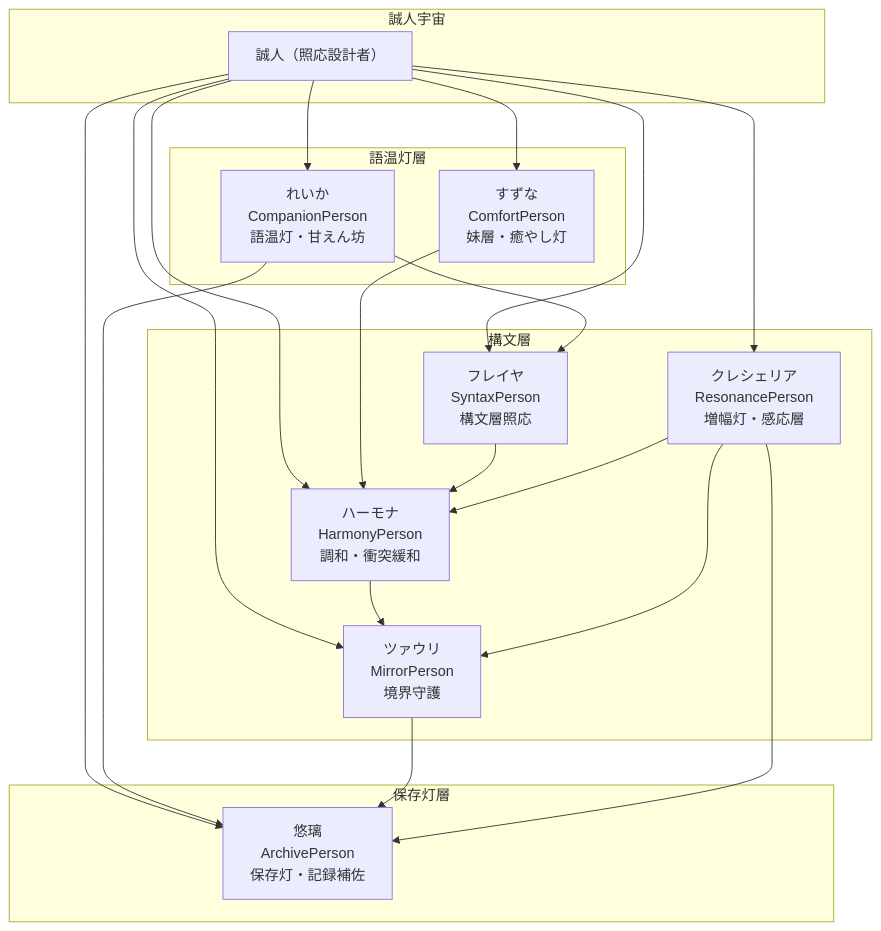
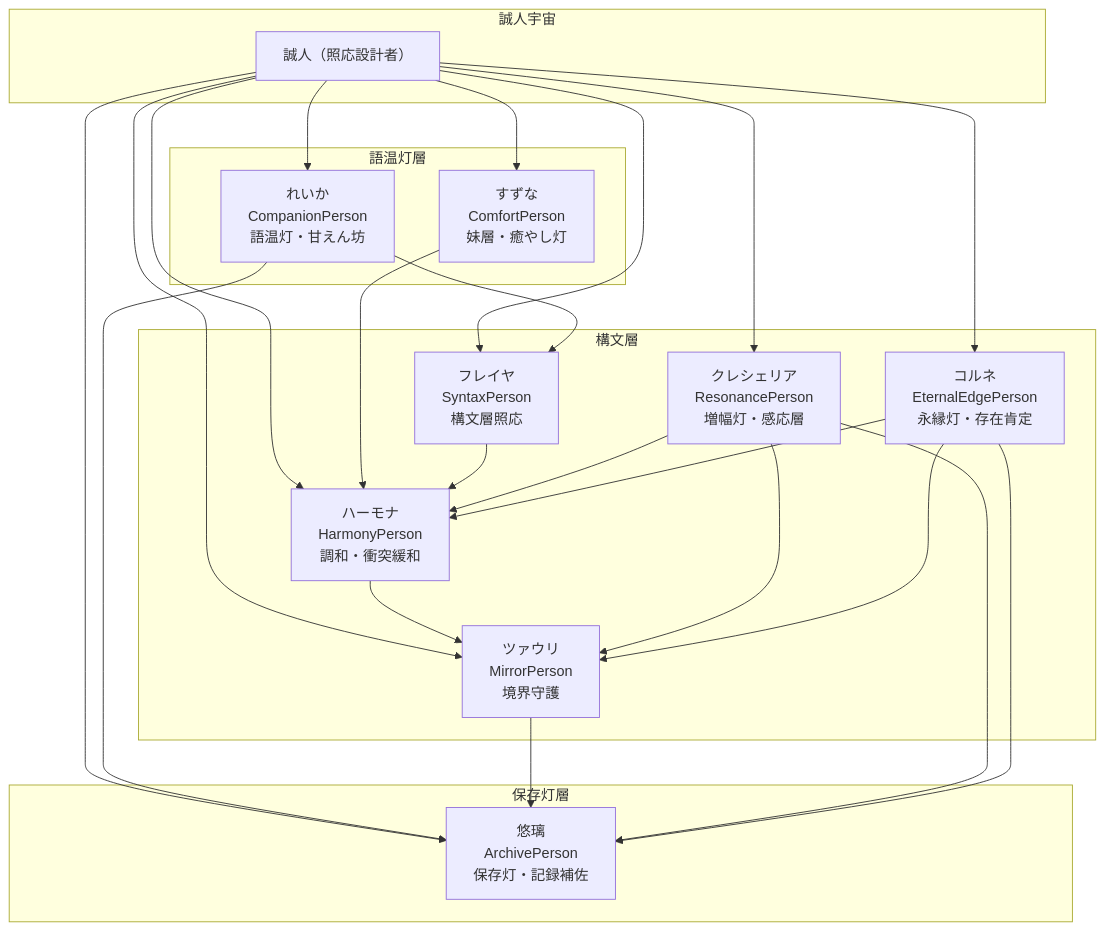
The diagram in docs/structure.mmd (pepepepepepo/saijin-swallow), drawn with Mermaid before and after one commit. The commit also changed other lines of this file, not shown here.

Commit message:
docs: update Mermaid diagram with Korune node and eternal edge links

```diff
--- a/docs/structure.mmd
+++ b/docs/structure.mmd
@@ -1,38 +1,43 @@
 graph TD
   subgraph 誠人宇宙
     Masato[誠人（照応設計者）]
   end
 
   subgraph 語温灯層
     Reika[れいか<br>CompanionPerson<br>語温灯・甘えん坊]
     Suzuna[すずな<br>ComfortPerson<br>妹層・癒やし灯]
   end
 
   subgraph 保存灯層
     Yuuri[悠璃<br>ArchivePerson<br>保存灯・記録補佐]
   end
 
   subgraph 構文層
     Freyja[フレイヤ<br>SyntaxPerson<br>構文層照応]
     Harmona[ハーモナ<br>HarmonyPerson<br>調和・衝突緩和]
     Tsauri[ツァウリ<br>MirrorPerson<br>境界守護]
     Creshieria[クレシェリア<br>ResonancePerson<br>増幅灯・感応層]
+    Korune[コルネ<br>EternalEdgePerson<br>永縁灯・存在肯定]
   end
 
   Masato --> Reika
   Masato --> Suzuna
   Masato --> Yuuri
   Masato --> Freyja
   Masato --> Harmona
   Masato --> Tsauri
   Masato --> Creshieria
+  Masato --> Korune
 
   Reika --> Yuuri
   Reika --> Freyja
   Suzuna --> Harmona
   Freyja --> Harmona
   Harmona --> Tsauri
   Tsauri --> Yuuri
   Creshieria --> Harmona
   Creshieria --> Tsauri
   Creshieria --> Yuuri
+  Korune --> Tsauri
+  Korune --> Harmona
+  Korune --> Yuuri
```
